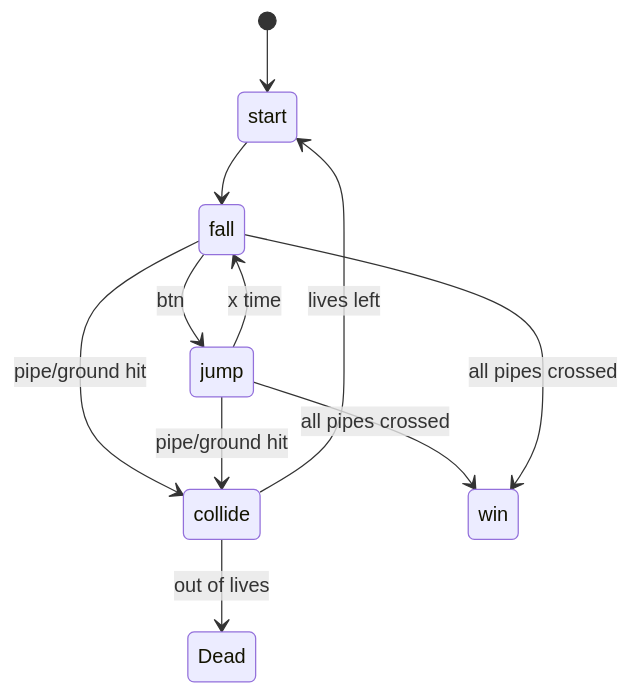
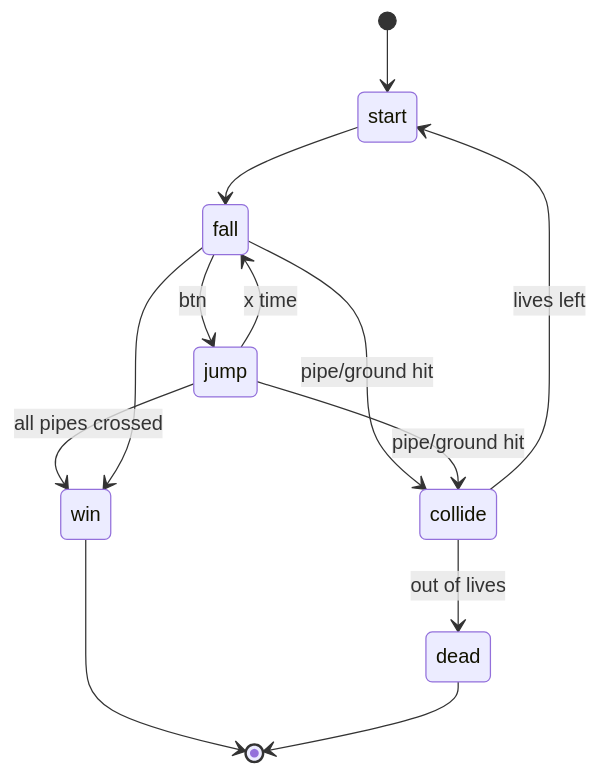
Before and after one commit to ShaunKyle/FPGA-Flappy-Bird: the diagram in docs/game_state-machine.mmd, drawn with Mermaid. The commit also changed other lines of this file and 1 other file, not shown here.

```diff
--- a/docs/game_state-machine.mmd
+++ b/docs/game_state-machine.mmd
@@ -1,15 +1,18 @@
 stateDiagram
     [*] --> start
     %%Background/pipes etc start moving
 
     start --> fall
     fall --> jump : btn
     jump --> fall : x time
 
     fall --> collide : pipe/ground hit
     jump --> collide : pipe/ground hit
     jump --> win : all pipes crossed
-    fall --> win : all pipes crossed
+    fall --> win
 
     collide --> start : lives left
-    collide --> Dead : out of lives
+    collide --> dead : out of lives
+
+    win --> [*]
+    dead --> [*]
```
